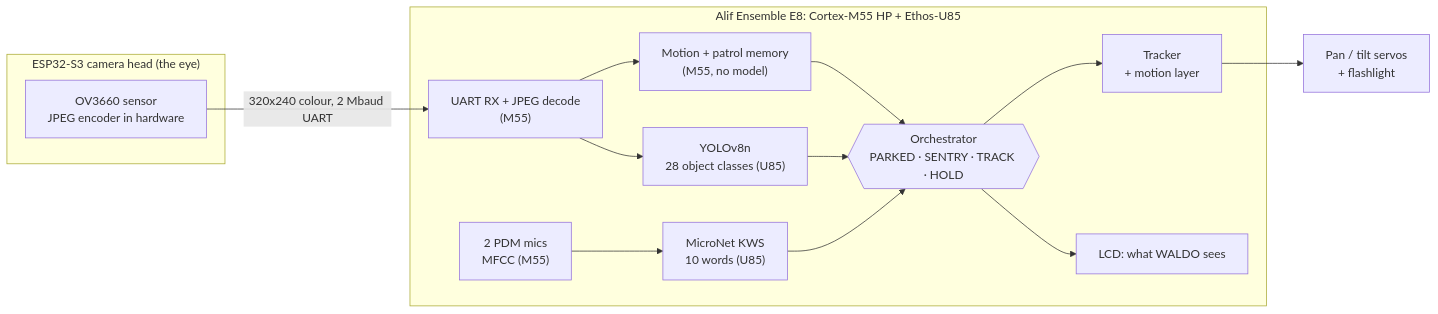
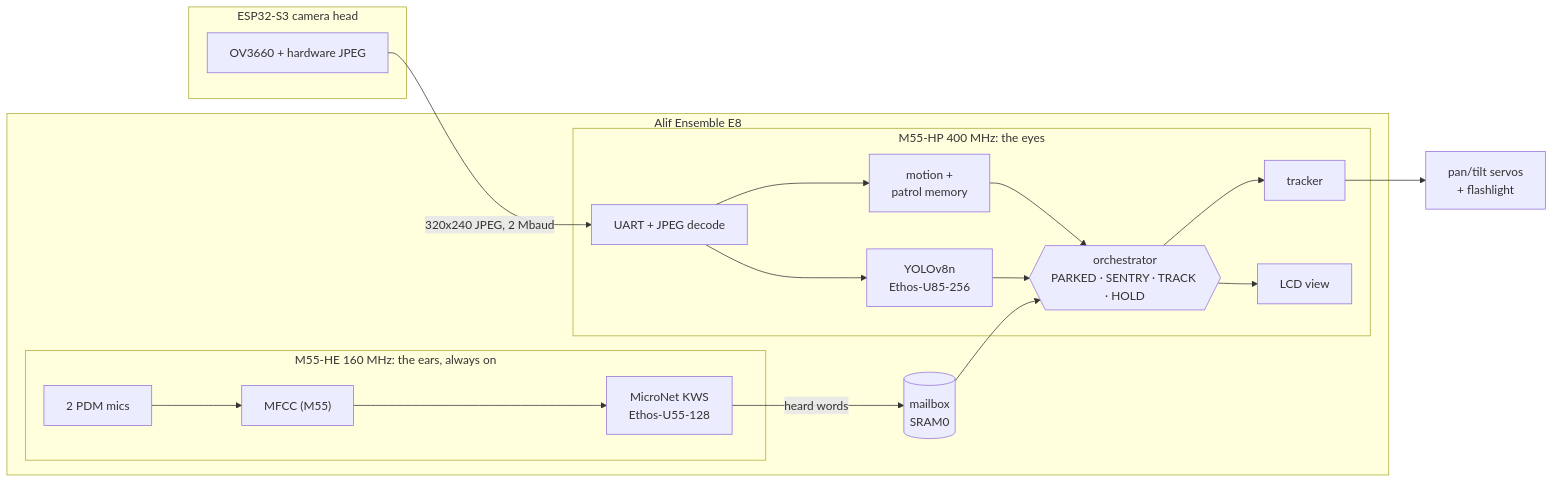
Before and after one commit to WALDO-Hacks/WALDO-executorch: the first of 2 diagrams in README.md, drawn with Mermaid. The commit also changed other lines of this file, not shown here.

Commit message:
README: the submission: two brains, verification, memory, how it compares

````diff
--- a/README.md
+++ b/README.md
@@ -17,23 +25,24 @@
 ```mermaid
 flowchart LR
-    subgraph HEAD["ESP32-S3 camera head (the eye)"]
-        CAM["OV3660 sensor<br/>JPEG encoder in hardware"]
+    subgraph HEAD["ESP32-S3 camera head"]
+        CAM["OV3660 + hardware JPEG"]
     end
-    subgraph E8["Alif Ensemble E8: Cortex-M55 HP + Ethos-U85"]
-        RX["UART RX + JPEG decode<br/>(M55)"]
-        YOLO["YOLOv8n<br/>28 object classes (U85)"]
-        MOT["Motion + patrol memory<br/>(M55, no model)"]
-        MIC["2 PDM mics<br/>MFCC (M55)"]
-        KWS["MicroNet KWS<br/>10 words (U85)"]
-        ORCH{{"Orchestrator<br/>PARKED · SENTRY · TRACK · HOLD"}}
-        TRK["Tracker<br/>+ motion layer"]
-        LCD["LCD: what WALDO sees"]
+    subgraph E8["Alif Ensemble E8"]
+        subgraph HE["M55-HE 160 MHz: the ears, always on"]
+            MIC["2 PDM mics"] --> MFCC["MFCC (M55)"] --> KWS["MicroNet KWS<br/>Ethos-U55-128"]
+        end
+        BOX[("mailbox<br/>SRAM0")]
+        subgraph HP["M55-HP 400 MHz: the eyes"]
+            RX["UART + JPEG decode"] --> MOT["motion +<br/>patrol memory"]
+            RX --> YOLO["YOLOv8n<br/>Ethos-U85-256"]
+            ORCH{{"orchestrator<br/>PARKED · SENTRY · TRACK · HOLD"}}
+            MOT --> ORCH
+            YOLO --> ORCH
+            ORCH --> TRK["tracker"]
+            ORCH --> LCD["LCD view"]
+        end
+        KWS -- "heard words" --> BOX --> ORCH
     end
-    SERVO["Pan / tilt servos<br/>+ flashlight"]
-    CAM -- "320x240 colour, 2 Mbaud UART" --> RX
-    RX --> MOT & YOLO
-    MIC --> KWS
-    MOT & YOLO & KWS --> ORCH
-    ORCH --> TRK --> SERVO
-    ORCH --> LCD
+    CAM -- "320x240 JPEG, 2 Mbaud" --> RX
+    TRK --> SERVO["pan/tilt servos<br/>+ flashlight"]
 ```
````
